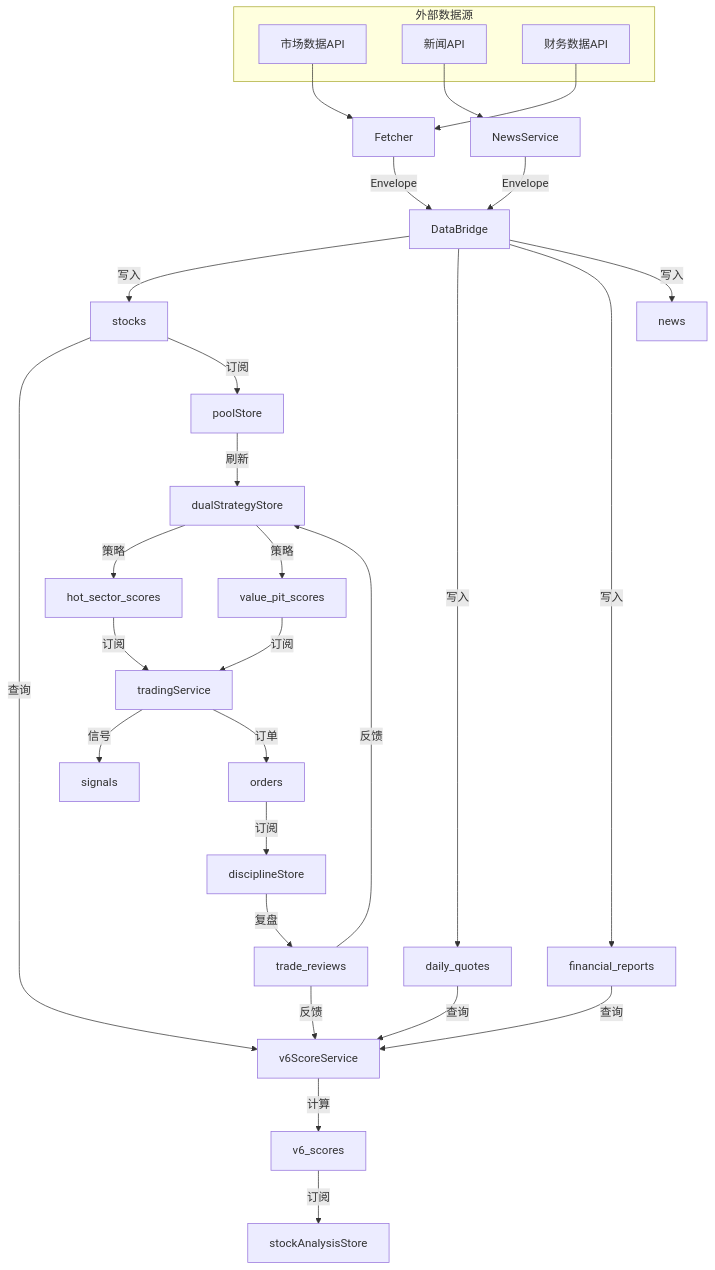
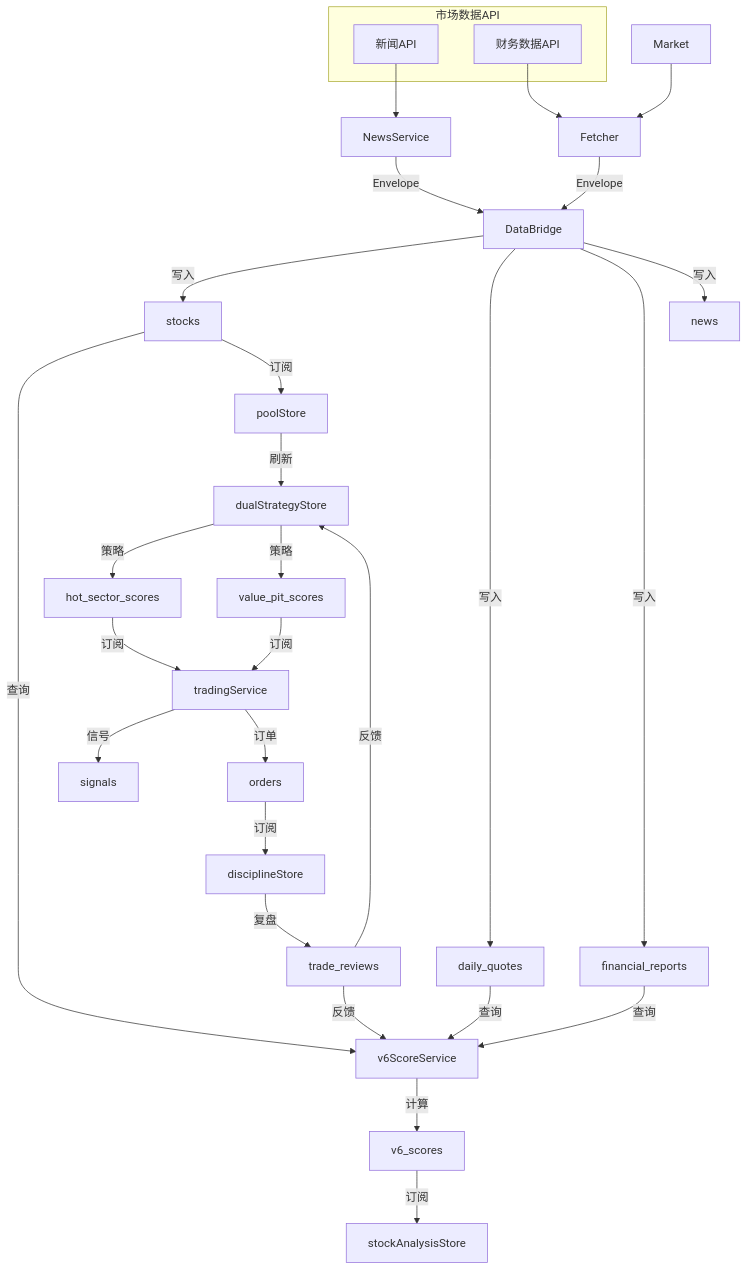
One commit to DHENGHONGYU/- changed diagram 16 of 19 in docs/explanation/design/databridge数据链路全景分析报告.md. Above: the diagram before and after it, drawn with Mermaid. The commit also changed other lines of this file and 1711 other files, not shown here.

````diff
--- a/docs/explanation/design/databridge数据链路全景分析报告.md
+++ b/docs/explanation/design/databridge数据链路全景分析报告.md
@@ -846,47 +783,46 @@
 ```mermaid
 graph TB
-    subgraph 外部数据源
-        Market[市场数据API]
+    subgraph 外部数据?        Market[市场数据API]
         NewsAPI[新闻API]
         Financial[财务数据API]
     end
     
     Market --> Fetcher[Fetcher]
     NewsAPI --> NewsService[NewsService]
     Financial --> Fetcher
     
     Fetcher -->|Envelope| DB[DataBridge]
     NewsService -->|Envelope| DB
     
     DB -->|写入| Stocks[stocks]
     DB -->|写入| Quotes[daily_quotes]
     DB -->|写入| Financials[financial_reports]
     DB -->|写入| News[news]
     
     Stocks -->|查询| ScoreEngine[v6ScoreService]
     Quotes -->|查询| ScoreEngine
     Financials -->|查询| ScoreEngine
     
     ScoreEngine -->|计算| V6Scores[v6_scores]
     
     V6Scores -->|订阅| AnalysisStore[stockAnalysisStore]
     Stocks -->|订阅| PoolStore[poolStore]
     
     PoolStore -->|刷新| StrategyStore[dualStrategyStore]
     
     StrategyStore -->|策略| HotSector[hot_sector_scores]
     StrategyStore -->|策略| ValuePit[value_pit_scores]
     
     HotSector -->|订阅| TradingService[tradingService]
     ValuePit -->|订阅| TradingService
     
     TradingService -->|信号| Signals[signals]
     TradingService -->|订单| Orders[orders]
     
     Orders -->|订阅| DisciplineStore[disciplineStore]
     
     DisciplineStore -->|复盘| TradeReviews[trade_reviews]
     
     TradeReviews -->|反馈| ScoreEngine
     TradeReviews -->|反馈| StrategyStore
 ```
````
